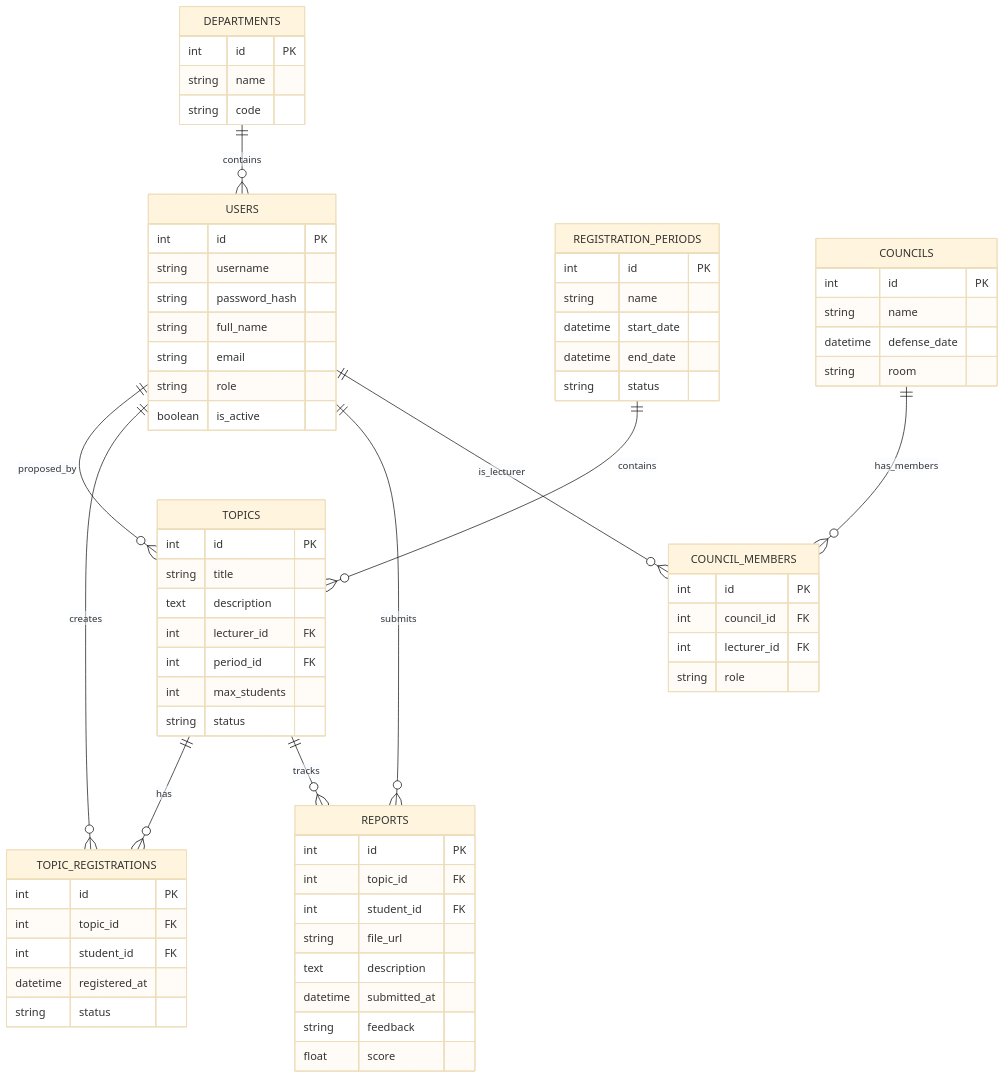
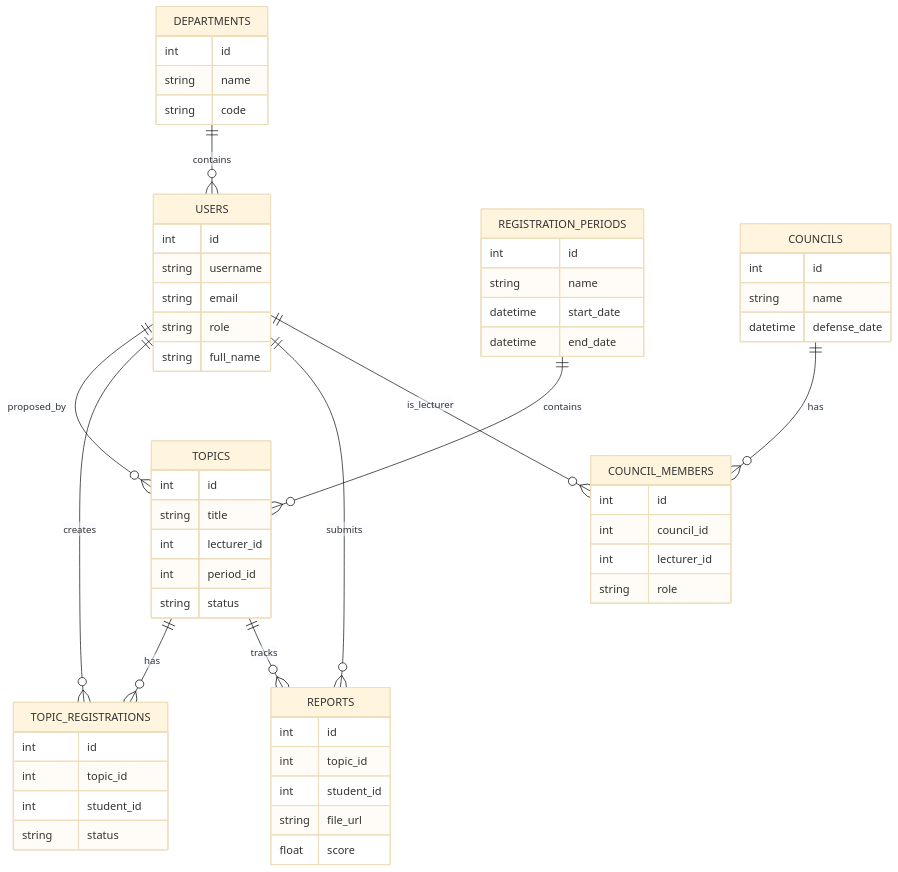
Before and after one commit to QuocVu00/luu-tam: the tenth of 10 diagrams in diagrams_research_thesis_portal.md, drawn with Mermaid (base theme). The commit also changed other lines of this file, not shown here.

Commit message:
Fix Mermaid diagrams to render correctly in GitHub preview and update the markdown document.

````diff
--- a/diagrams_research_thesis_portal.md
+++ b/diagrams_research_thesis_portal.md
@@ -307,79 +291,69 @@
 ```mermaid
 erDiagram
+    USERS ||--o{ TOPICS : proposed_by
+    USERS ||--o{ TOPIC_REGISTRATIONS : creates
+    USERS ||--o{ REPORTS : submits
+    USERS ||--o{ COUNCIL_MEMBERS : is_lecturer
+    DEPARTMENTS ||--o{ USERS : contains
+    REGISTRATION_PERIODS ||--o{ TOPICS : contains
+    TOPICS ||--o{ TOPIC_REGISTRATIONS : has
+    TOPICS ||--o{ REPORTS : tracks
+    COUNCILS ||--o{ COUNCIL_MEMBERS : has
+
     USERS {
-        int id PK
+        int id
         string username
-        string password_hash
-        string full_name
         string email
         string role
-        boolean is_active
+        string full_name
     }
 
     DEPARTMENTS {
-        int id PK
+        int id
         string name
         string code
     }
 
     REGISTRATION_PERIODS {
-        int id PK
+        int id
         string name
         datetime start_date
         datetime end_date
-        string status
     }
 
     TOPICS {
-        int id PK
+        int id
         string title
-        text description
-        int lecturer_id FK
-        int period_id FK
-        int max_students
+        int lecturer_id
+        int period_id
         string status
     }
 
     TOPIC_REGISTRATIONS {
-        int id PK
-        int topic_id FK
-        int student_id FK
-        datetime registered_at
+        int id
+        int topic_id
+        int student_id
         string status
     }
 
     REPORTS {
-        int id PK
-        int topic_id FK
-        int student_id FK
+        int id
+        int topic_id
+        int student_id
         string file_url
-        text description
-        datetime submitted_at
-        string feedback
         float score
     }
 
     COUNCILS {
-        int id PK
+        int id
         string name
         datetime defense_date
-        string room
     }
 
     COUNCIL_MEMBERS {
-        int id PK
-        int council_id FK
-        int lecturer_id FK
+        int id
+        int council_id
+        int lecturer_id
         string role
     }
-
-    USERS ||--o{ TOPICS : proposed_by
-    TOPICS ||--o{ TOPIC_REGISTRATIONS : has
-    TOPICS ||--o{ REPORTS : tracks
-    USERS ||--o{ TOPIC_REGISTRATIONS : creates
-    USERS ||--o{ REPORTS : submits
-    USERS ||--o{ COUNCIL_MEMBERS : is_lecturer
-    DEPARTMENTS ||--o{ USERS : contains
-    REGISTRATION_PERIODS ||--o{ TOPICS : contains
-    COUNCILS ||--o{ COUNCIL_MEMBERS : has_members
 ```
````
